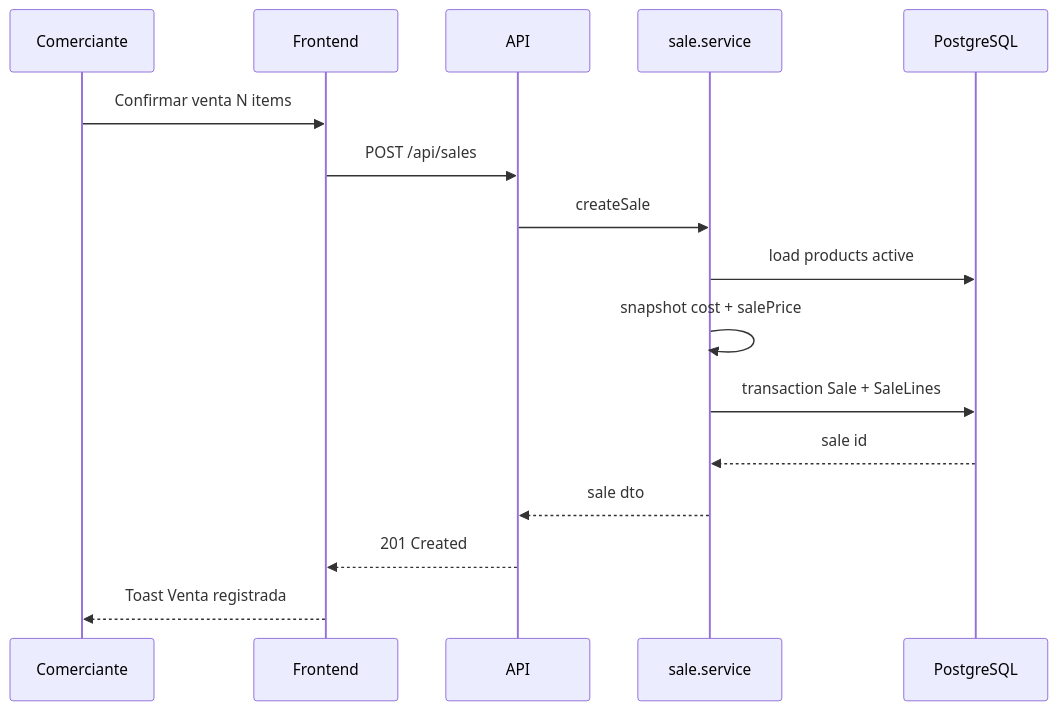
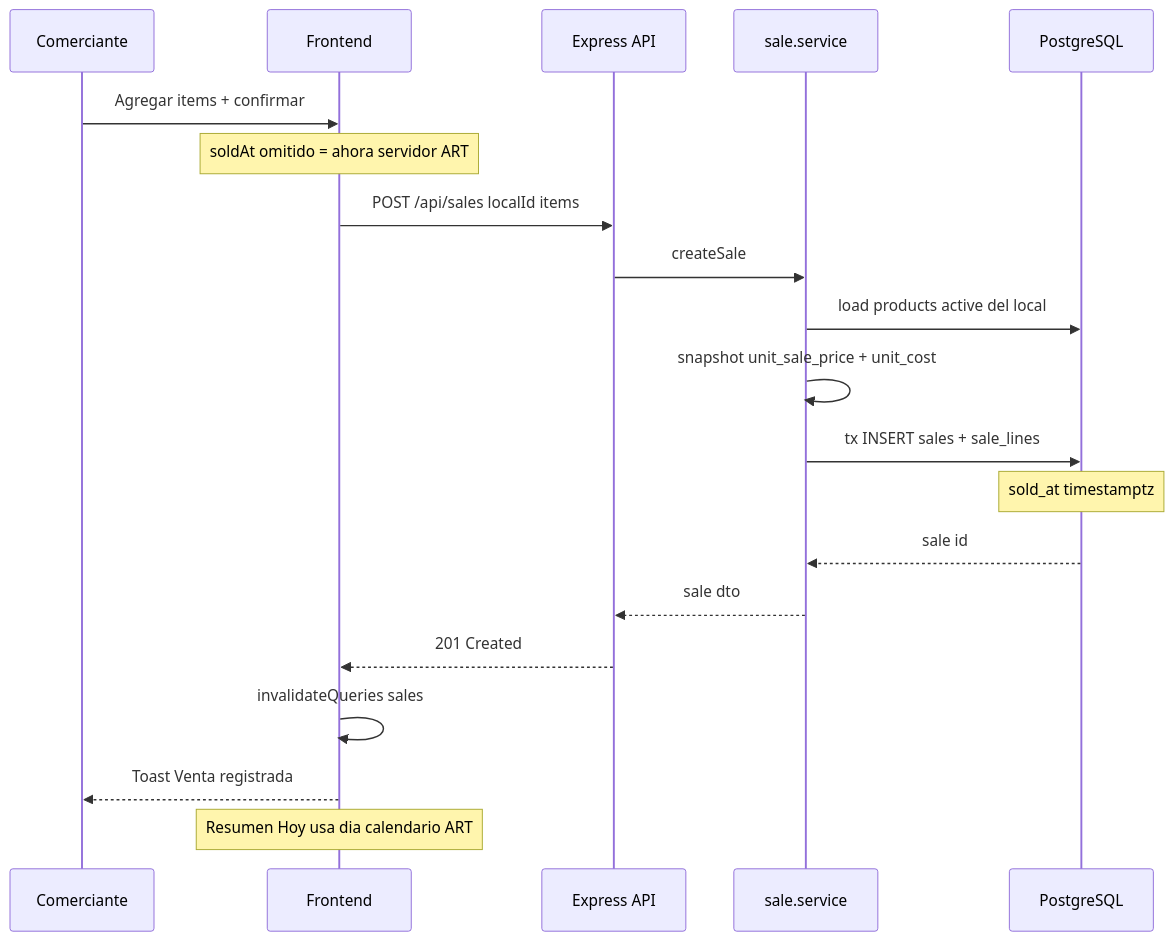
The diagram in docs/entrega/assets/uml-seq-venta.mmd (ELautax/PreciosYa), drawn with Mermaid before and after one commit. The commit also changed 51 other files, not shown here.

```diff
--- a/docs/entrega/assets/uml-seq-venta.mmd
+++ b/docs/entrega/assets/uml-seq-venta.mmd
@@ -1,17 +1,21 @@
 sequenceDiagram
   participant U as Comerciante
   participant Web as Frontend
-  participant API as API
+  participant API as Express API
   participant Sale as sale.service
   participant DB as PostgreSQL
 
-  U->>Web: Confirmar venta N items
-  Web->>API: POST /api/sales
+  U->>Web: Agregar items + confirmar
+  Note over Web: soldAt omitido = ahora servidor ART
+  Web->>API: POST /api/sales localId items
   API->>Sale: createSale
-  Sale->>DB: load products active
-  Sale->>Sale: snapshot cost + salePrice
-  Sale->>DB: transaction Sale + SaleLines
+  Sale->>DB: load products active del local
+  Sale->>Sale: snapshot unit_sale_price + unit_cost
+  Sale->>DB: tx INSERT sales + sale_lines
+  Note over DB: sold_at timestamptz
   DB-->>Sale: sale id
   Sale-->>API: sale dto
   API-->>Web: 201 Created
+  Web->>Web: invalidateQueries sales
   Web-->>U: Toast Venta registrada
+  Note over Web: Resumen Hoy usa dia calendario ART
```
